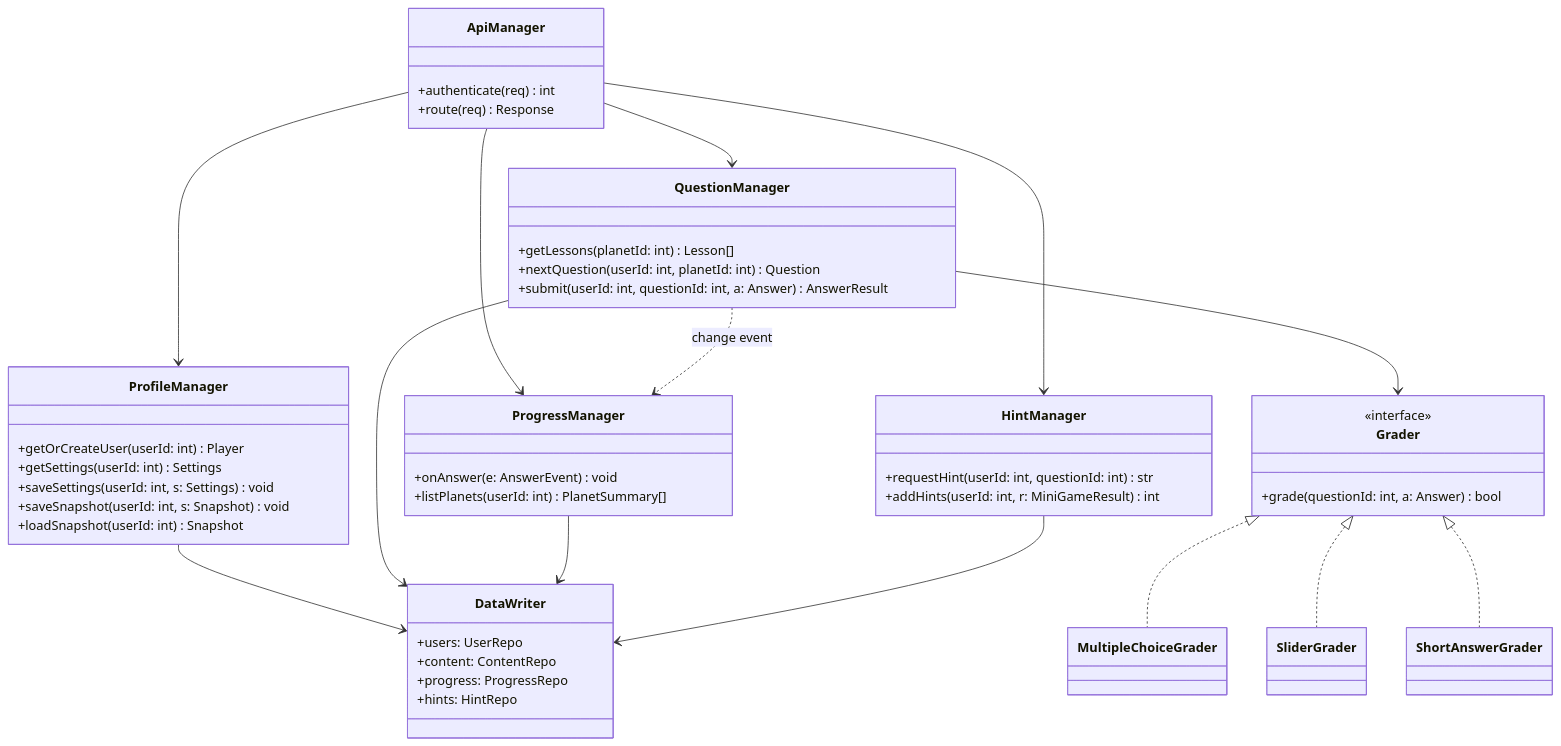
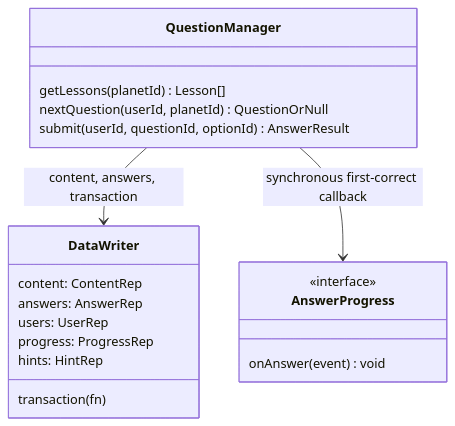
One commit to jsmanchanda/Graphalaxy---Team-10 changed the second of 3 diagrams in DOCUMENTATION/PROJECT_ARCHITECTURE.md. Above: the diagram before and after it, drawn with Mermaid. The commit also changed other lines of this file and 2 other files, not shown here.

Commit message:
docs: updated architecture, question manager and dev guide files to match current implementation

````diff
--- a/DOCUMENTATION/PROJECT_ARCHITECTURE.md
+++ b/DOCUMENTATION/PROJECT_ARCHITECTURE.md
@@ -409,54 +219,22 @@
 ```mermaid
 classDiagram
-  class ApiManager {
-    +authenticate(req) int
-    +route(req) Response
-  }
-  class ProfileManager {
-    +getOrCreateUser(userId: int) Player
-    +getSettings(userId: int) Settings
-    +saveSettings(userId: int, s: Settings) void
-    +saveSnapshot(userId: int, s: Snapshot) void
-    +loadSnapshot(userId: int) Snapshot
-  }
   class QuestionManager {
-    +getLessons(planetId: int) Lesson[]
-    +nextQuestion(userId: int, planetId: int) Question
-    +submit(userId: int, questionId: int, a: Answer) AnswerResult
-  }
-  class Grader {
-    <<interface>>
-    +grade(questionId: int, a: Answer) bool
-  }
-  class MultipleChoiceGrader
-  class SliderGrader
-  class ShortAnswerGrader
-  class ProgressManager {
-    +onAnswer(e: AnswerEvent) void
-    +listPlanets(userId: int) PlanetSummary[]
-  }
-  class HintManager {
-    +requestHint(userId: int, questionId: int) str
-    +addHints(userId: int, r: MiniGameResult) int
+    getLessons(planetId) Lesson[]
+    nextQuestion(userId, planetId) QuestionOrNull
+    submit(userId, questionId, optionId) AnswerResult
   }
   class DataWriter {
-    +users: UserRepo
-    +content: ContentRepo
-    +progress: ProgressRepo
-    +hints: HintRepo
+    content: ContentRep
+    answers: AnswerRep
+    users: UserRep
+    progress: ProgressRep
+    hints: HintRep
+    transaction(fn)
   }
-
-  ApiManager --> ProfileManager
-  ApiManager --> QuestionManager
-  ApiManager --> ProgressManager
-  ApiManager --> HintManager
-  QuestionManager --> Grader
-  Grader <|.. MultipleChoiceGrader
-  Grader <|.. SliderGrader
-  Grader <|.. ShortAnswerGrader
-  QuestionManager ..> ProgressManager : change event
-  ProfileManager --> DataWriter
-  QuestionManager --> DataWriter
-  ProgressManager --> DataWriter
-  HintManager --> DataWriter
+  class AnswerProgress {
+    <<interface>>
+    onAnswer(event) void
+  }
+  QuestionManager --> DataWriter : content, answers, transaction
+  QuestionManager --> AnswerProgress : synchronous first-correct callback
 ```
````
